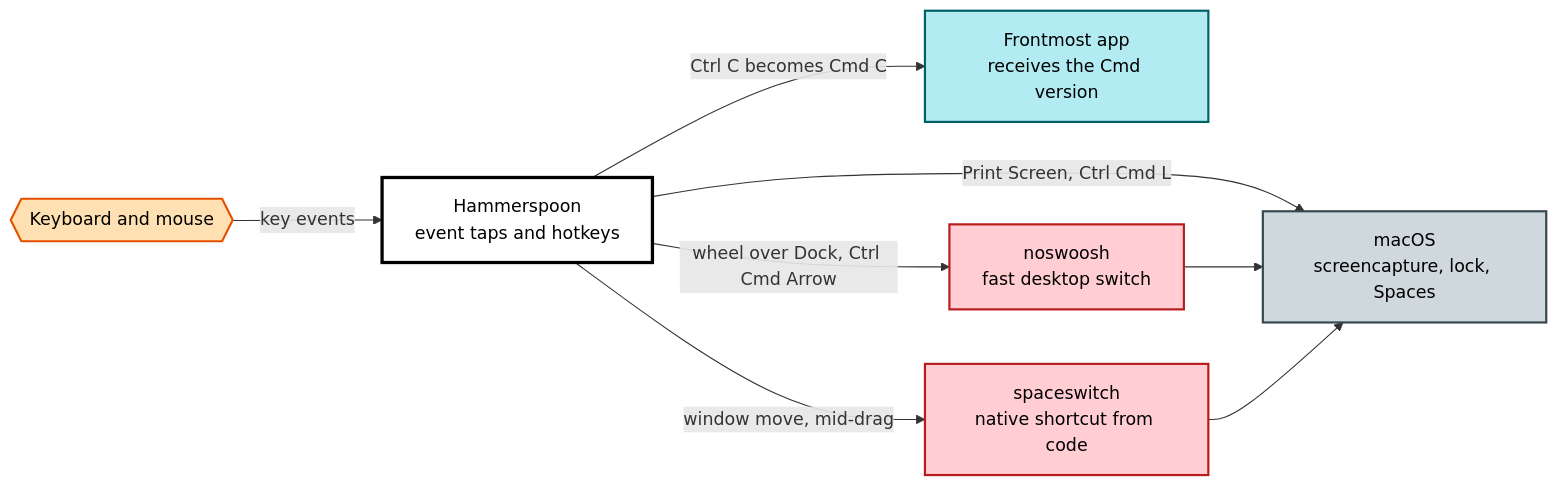
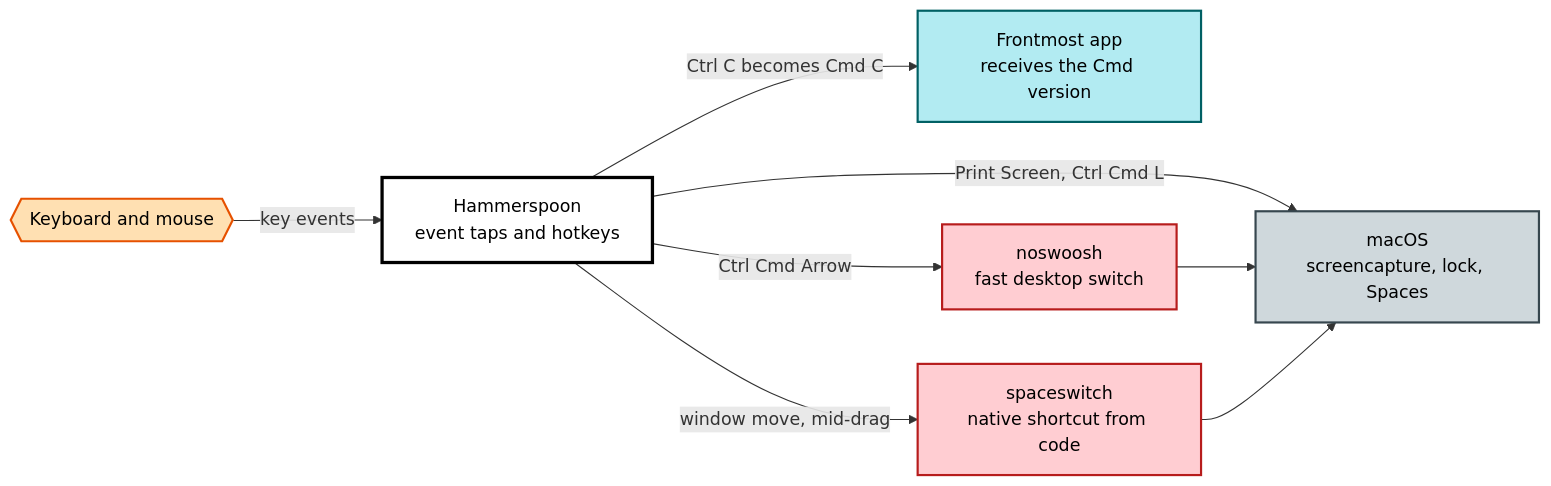
Before and after one commit to yupipi93/mac-muscle-memory: the diagram in README.md, drawn with Mermaid. The commit also changed other lines of this file and 9 other files, not shown here.

````diff
--- a/README.md
+++ b/README.md
@@ -98,23 +98,23 @@
 ```mermaid
 flowchart LR
     KB{{Keyboard and mouse}}:::input
     HS[Hammerspoon<br/>event taps and hotkeys]:::primary
     APP[Frontmost app<br/>receives the Cmd version]:::output
     NS[noswoosh<br/>fast desktop switch]:::compute
     SS[spaceswitch<br/>native shortcut from code]:::compute
     SYS[macOS<br/>screencapture, lock, Spaces]:::infra
 
     KB -->|key events| HS
     HS -->|Ctrl C becomes Cmd C| APP
-    HS -->|wheel over Dock, Ctrl Cmd Arrow| NS
+    HS -->|Ctrl Cmd Arrow| NS
     HS -->|window move, mid-drag| SS
     HS -->|Print Screen, Ctrl Cmd L| SYS
     NS --> SYS
     SS --> SYS
 
     classDef primary fill:#ffffff,stroke:#000000,stroke-width:3px,color:#000
     classDef input   fill:#ffe0b2,stroke:#e65100,stroke-width:2px,color:#000
     classDef output  fill:#b2ebf2,stroke:#006064,stroke-width:2px,color:#000
     classDef compute fill:#ffcdd2,stroke:#b71c1c,stroke-width:2px,color:#000
     classDef infra   fill:#cfd8dc,stroke:#37474f,stroke-width:2px,color:#000
 ```
````
